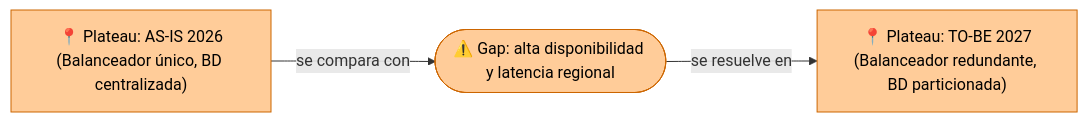
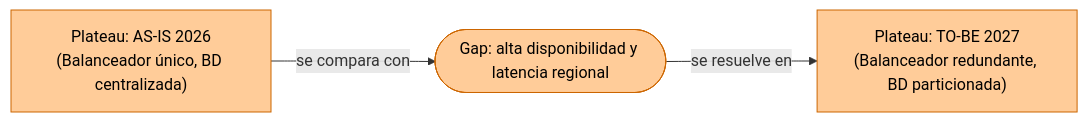
One commit to CesarAVegaF312/AREM-Taller_7_Opportunities_Solutions changed the fourth of 4 diagrams in clase/guia_paso_a_paso_opportunities_solutions.md. Above: the diagram before and after it, drawn with Mermaid. The commit also changed other lines of this file and 8 other files, not shown here.

````diff
--- a/clase/guia_paso_a_paso_opportunities_solutions.md
+++ b/clase/guia_paso_a_paso_opportunities_solutions.md
@@ -444,12 +444,12 @@
 ```mermaid
 flowchart LR
-    asis["📍 Plateau: AS-IS 2026\n(Balanceador único, BD centralizada)"]
-    gap(["⚠️ Gap: alta disponibilidad y latencia regional"])
-    tobe["📍 Plateau: TO-BE 2027\n(Balanceador redundante, BD particionada)"]
+    asis["Plateau: AS-IS 2026\n(Balanceador único, BD centralizada)"]
+    gap(["Gap: alta disponibilidad y latencia regional"])
+    tobe["Plateau: TO-BE 2027\n(Balanceador redundante, BD particionada)"]
 
     asis -->|"se compara con"| gap
     gap -->|"se resuelve en"| tobe
 
     classDef plateau fill:#ffcc99,color:#000,stroke:#cc6600;
     class asis,gap,tobe plateau
 ```
````
